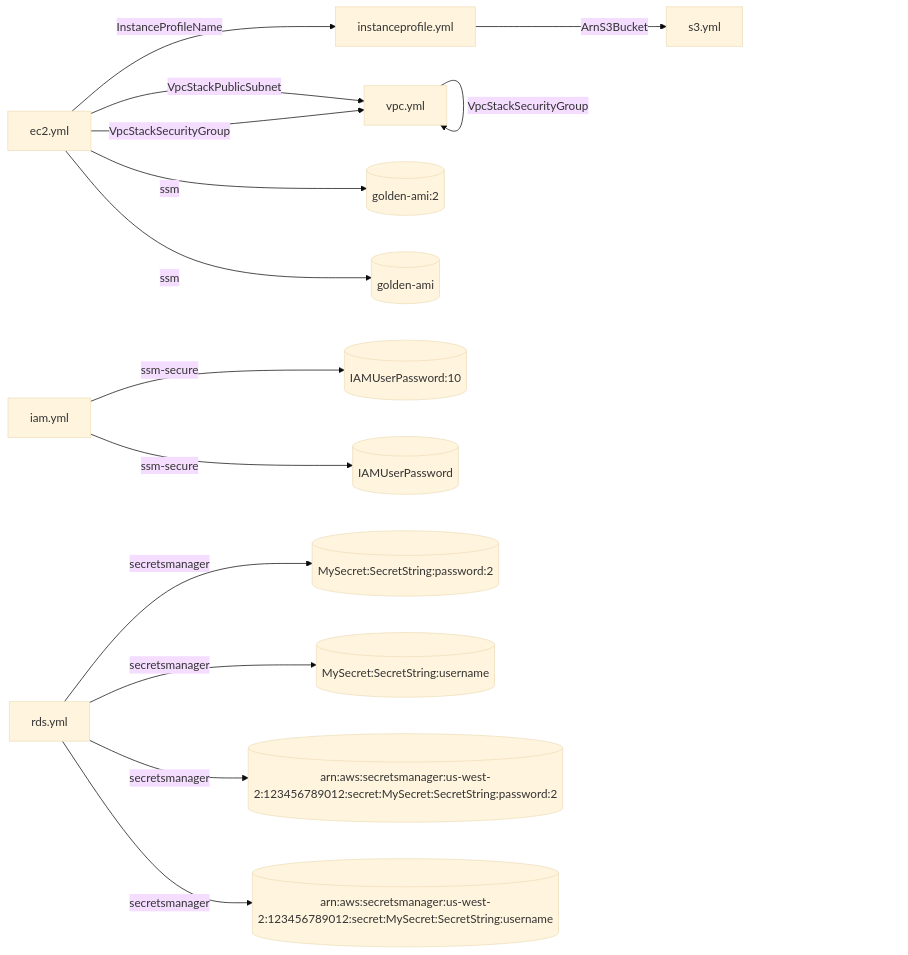
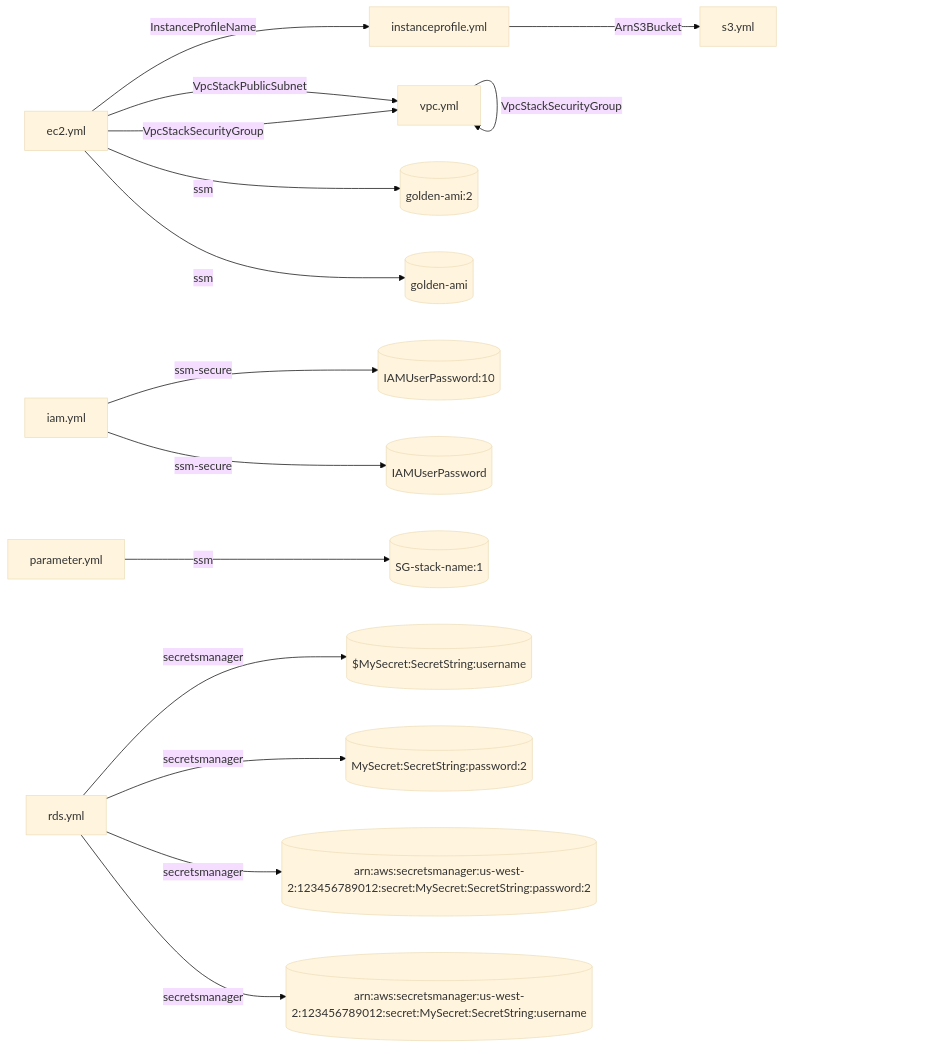
One commit to jay34986/cfn-template-dependency-visualization changed the diagram in examples/yml/result.md. Above: the diagram before and after it, drawn with Mermaid (base theme). The commit also changed 6 other files, not shown here.

````diff
--- a/examples/yml/result.md
+++ b/examples/yml/result.md
@@ -3,17 +3,18 @@
 ```mermaid
 graph LR
     ec2.yml-->|InstanceProfileName|instanceprofile.yml
     ec2.yml-->|VpcStackPublicSubnet|vpc.yml
     ec2.yml-->|VpcStackSecurityGroup|vpc.yml
     ec2.yml-->|ssm|golden-ami:2[(golden-ami:2)]
     ec2.yml-->|ssm|golden-ami[(golden-ami)]
     iam.yml-->|ssm-secure|IAMUserPassword:10[(IAMUserPassword:10)]
     iam.yml-->|ssm-secure|IAMUserPassword[(IAMUserPassword)]
     instanceprofile.yml-->|ArnS3Bucket|s3.yml
+    parameter.yml-->|ssm|SG-stack-name:1[(SG-stack-name:1)]
+    rds.yml-->|secretsmanager|$MySecret:SecretString:username[($MySecret:SecretString:username)]
     rds.yml-->|secretsmanager|MySecret:SecretString:password:2[(MySecret:SecretString:password:2)]
-    rds.yml-->|secretsmanager|MySecret:SecretString:username[(MySecret:SecretString:username)]
     rds.yml-->|secretsmanager|arn:aws:secretsmanager:us-west-2:123456789012:secret:MySecret:SecretString:password:2[(arn:aws:secretsmanager:us-west-2:123456789012:secret:MySecret:SecretString:password:2)]
     rds.yml-->|secretsmanager|arn:aws:secretsmanager:us-west-2:123456789012:secret:MySecret:SecretString:username[(arn:aws:secretsmanager:us-west-2:123456789012:secret:MySecret:SecretString:username)]
     vpc.yml-->|VpcStackPublicSubnet|vpc.yml
     vpc.yml-->|VpcStackSecurityGroup|vpc.yml
 ```
````
